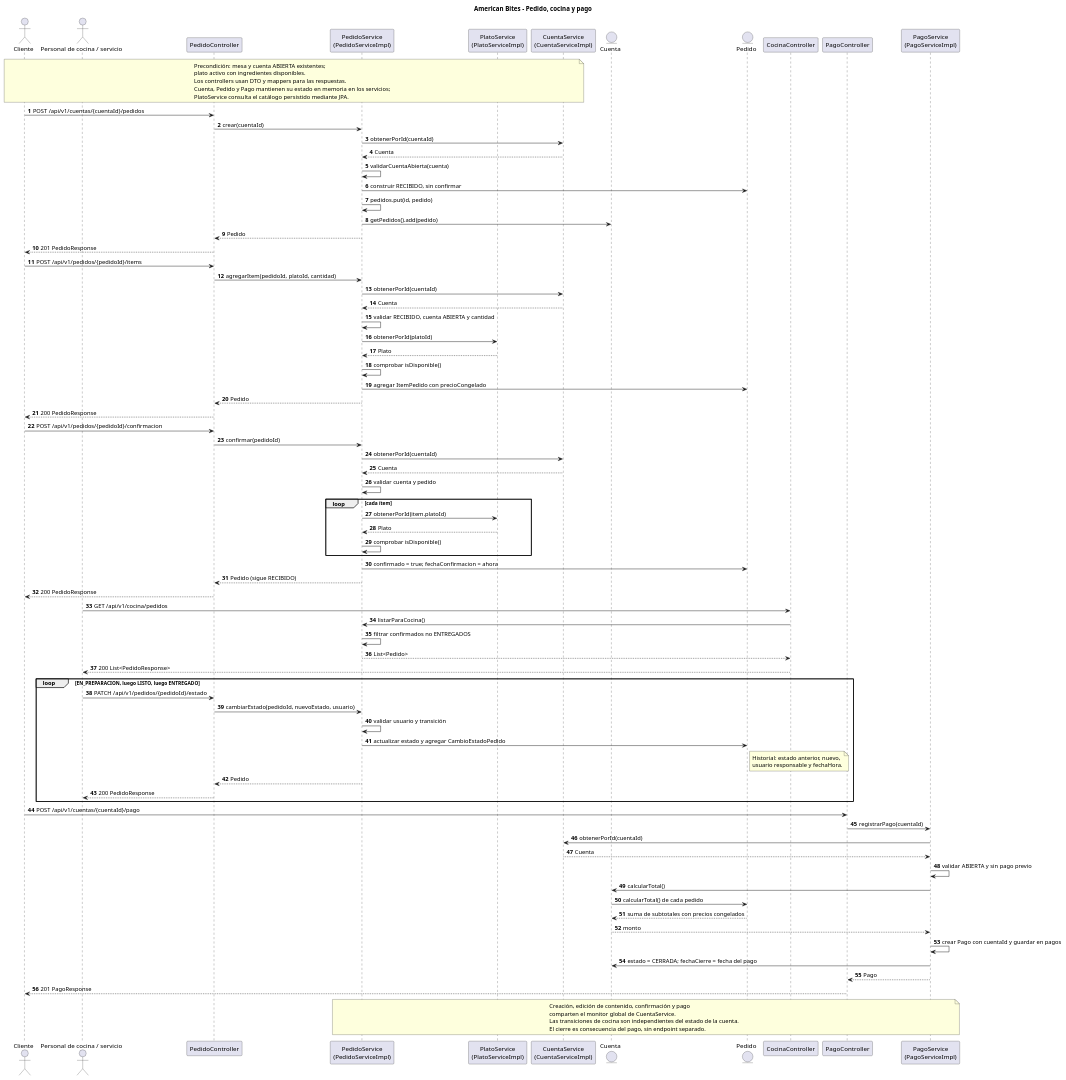
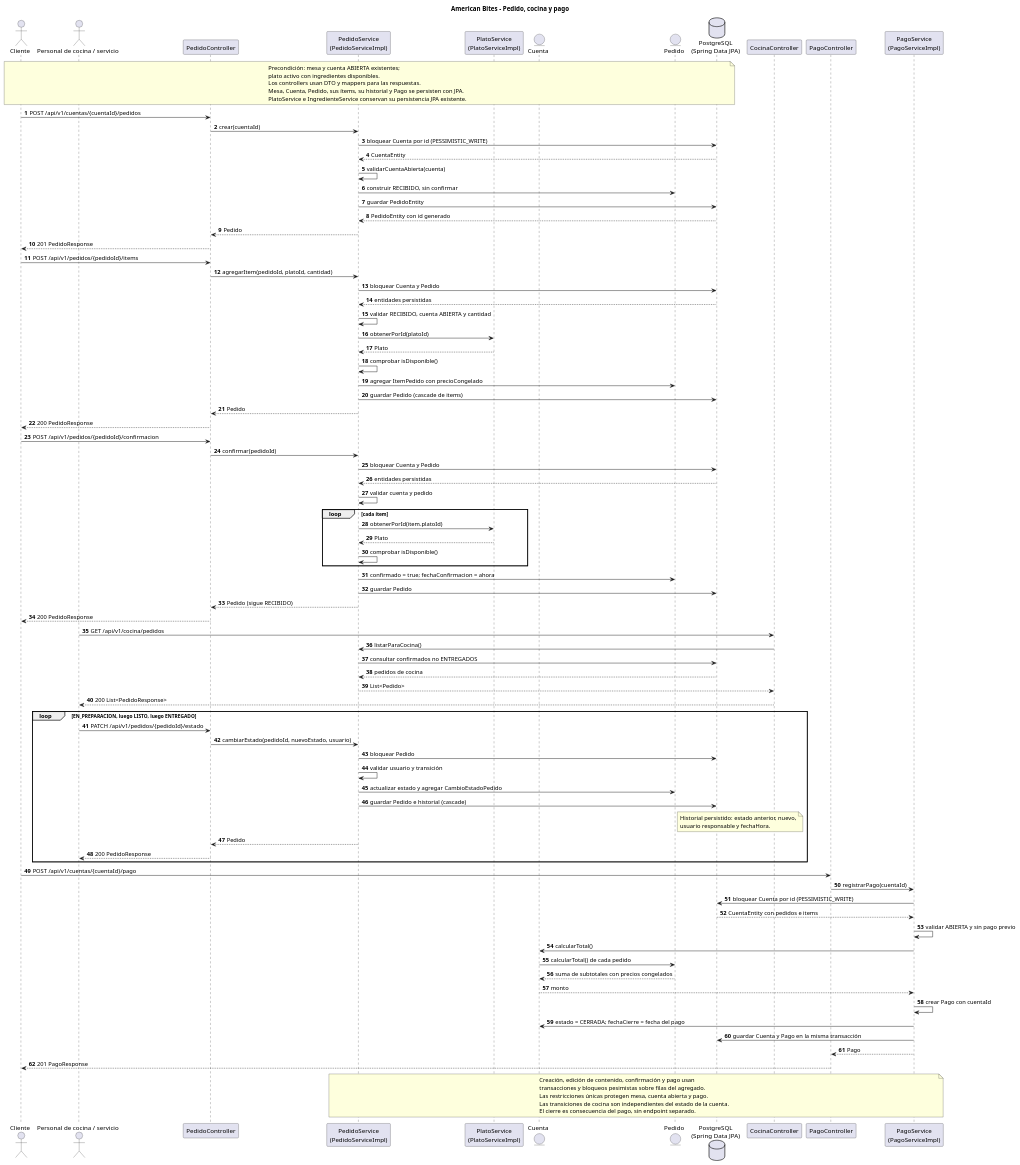
The diagram in docs/diagrams/order-flow-sequence.puml (DanielValero09/Bitacora_Corte2_DanielValero), drawn with PlantUML before and after one commit. The commit also changed 45 other files, not shown here.

Commit message:
feat: complete week 9 PostgreSQL persistence

```diff
--- a/docs/diagrams/order-flow-sequence.puml
+++ b/docs/diagrams/order-flow-sequence.puml
@@ -1,100 +1,107 @@
 @startuml
 title American Bites - Pedido, cocina y pago
 autonumber
 actor Cliente
 actor "Personal de cocina / servicio" as Cocina
 participant PedidoController as PC
 participant "PedidoService\n(PedidoServiceImpl)" as PS
 participant "PlatoService\n(PlatoServiceImpl)" as PL
-participant "CuentaService\n(CuentaServiceImpl)" as CS
 entity Cuenta
 entity Pedido
+database "PostgreSQL\n(Spring Data JPA)" as DB
 participant CocinaController as CC
 participant PagoController as PG
 participant "PagoService\n(PagoServiceImpl)" as PGS
 
-note over Cliente,CS
+note over Cliente,DB
   Precondición: mesa y cuenta ABIERTA existentes;
   plato activo con ingredientes disponibles.
   Los controllers usan DTO y mappers para las respuestas.
-  Cuenta, Pedido y Pago mantienen su estado en memoria en los servicios;
-  PlatoService consulta el catálogo persistido mediante JPA.
+  Mesa, Cuenta, Pedido, sus ítems, su historial y Pago se persisten con JPA.
+  PlatoService e IngredienteService conservan su persistencia JPA existente.
 end note
 
 Cliente -> PC : POST /api/v1/cuentas/{cuentaId}/pedidos
 PC -> PS : crear(cuentaId)
-PS -> CS : obtenerPorId(cuentaId)
-CS --> PS : Cuenta
+PS -> DB : bloquear Cuenta por id (PESSIMISTIC_WRITE)
+DB --> PS : CuentaEntity
 PS -> PS : validarCuentaAbierta(cuenta)
 PS -> Pedido : construir RECIBIDO, sin confirmar
-PS -> PS : pedidos.put(id, pedido)
-PS -> Cuenta : getPedidos().add(pedido)
+PS -> DB : guardar PedidoEntity
+DB --> PS : PedidoEntity con id generado
 PS --> PC : Pedido
 PC --> Cliente : 201 PedidoResponse
 
 Cliente -> PC : POST /api/v1/pedidos/{pedidoId}/items
 PC -> PS : agregarItem(pedidoId, platoId, cantidad)
-PS -> CS : obtenerPorId(cuentaId)
-CS --> PS : Cuenta
+PS -> DB : bloquear Cuenta y Pedido
+DB --> PS : entidades persistidas
 PS -> PS : validar RECIBIDO, cuenta ABIERTA y cantidad
 PS -> PL : obtenerPorId(platoId)
 PL --> PS : Plato
 PS -> PS : comprobar isDisponible()
 PS -> Pedido : agregar ItemPedido con precioCongelado
+PS -> DB : guardar Pedido (cascade de items)
 PS --> PC : Pedido
 PC --> Cliente : 200 PedidoResponse
 
 Cliente -> PC : POST /api/v1/pedidos/{pedidoId}/confirmacion
 PC -> PS : confirmar(pedidoId)
-PS -> CS : obtenerPorId(cuentaId)
-CS --> PS : Cuenta
+PS -> DB : bloquear Cuenta y Pedido
+DB --> PS : entidades persistidas
 PS -> PS : validar cuenta y pedido
 loop cada ítem
   PS -> PL : obtenerPorId(item.platoId)
   PL --> PS : Plato
   PS -> PS : comprobar isDisponible()
 end
 PS -> Pedido : confirmado = true; fechaConfirmacion = ahora
+PS -> DB : guardar Pedido
 PS --> PC : Pedido (sigue RECIBIDO)
 PC --> Cliente : 200 PedidoResponse
 
 Cocina -> CC : GET /api/v1/cocina/pedidos
 CC -> PS : listarParaCocina()
-PS -> PS : filtrar confirmados no ENTREGADOS
+PS -> DB : consultar confirmados no ENTREGADOS
+DB --> PS : pedidos de cocina
 PS --> CC : List<Pedido>
 CC --> Cocina : 200 List<PedidoResponse>
 
 loop EN_PREPARACION, luego LISTO, luego ENTREGADO
   Cocina -> PC : PATCH /api/v1/pedidos/{pedidoId}/estado
   PC -> PS : cambiarEstado(pedidoId, nuevoEstado, usuario)
+  PS -> DB : bloquear Pedido
   PS -> PS : validar usuario y transición
   PS -> Pedido : actualizar estado y agregar CambioEstadoPedido
+  PS -> DB : guardar Pedido e historial (cascade)
   note right of Pedido
-    Historial: estado anterior, nuevo,
+    Historial persistido: estado anterior, nuevo,
     usuario responsable y fechaHora.
   end note
   PS --> PC : Pedido
   PC --> Cocina : 200 PedidoResponse
 end
 
 Cliente -> PG : POST /api/v1/cuentas/{cuentaId}/pago
 PG -> PGS : registrarPago(cuentaId)
-PGS -> CS : obtenerPorId(cuentaId)
-CS --> PGS : Cuenta
+PGS -> DB : bloquear Cuenta por id (PESSIMISTIC_WRITE)
+DB --> PGS : CuentaEntity con pedidos e items
 PGS -> PGS : validar ABIERTA y sin pago previo
 PGS -> Cuenta : calcularTotal()
 Cuenta -> Pedido : calcularTotal() de cada pedido
 Pedido --> Cuenta : suma de subtotales con precios congelados
 Cuenta --> PGS : monto
-PGS -> PGS : crear Pago con cuentaId y guardar en pagos
+PGS -> PGS : crear Pago con cuentaId
 PGS -> Cuenta : estado = CERRADA; fechaCierre = fecha del pago
+PGS -> DB : guardar Cuenta y Pago en la misma transacción
 PGS --> PG : Pago
 PG --> Cliente : 201 PagoResponse
 
 note over PS,PGS
-  Creación, edición de contenido, confirmación y pago
-  comparten el monitor global de CuentaService.
+  Creación, edición de contenido, confirmación y pago usan
+  transacciones y bloqueos pesimistas sobre filas del agregado.
+  Las restricciones únicas protegen mesa, cuenta abierta y pago.
   Las transiciones de cocina son independientes del estado de la cuenta.
   El cierre es consecuencia del pago, sin endpoint separado.
 end note
 @enduml
```
